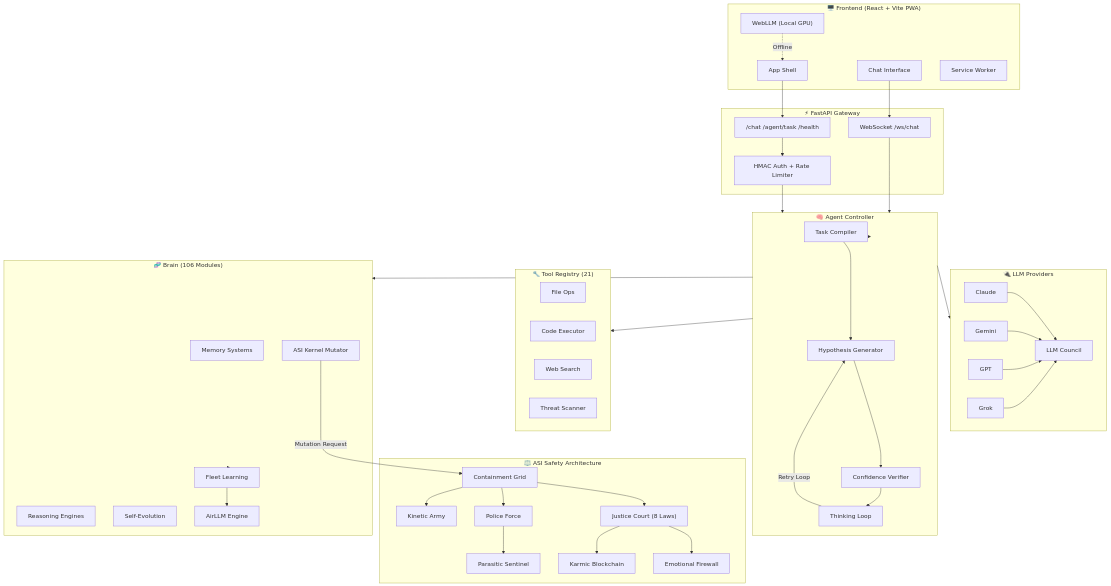
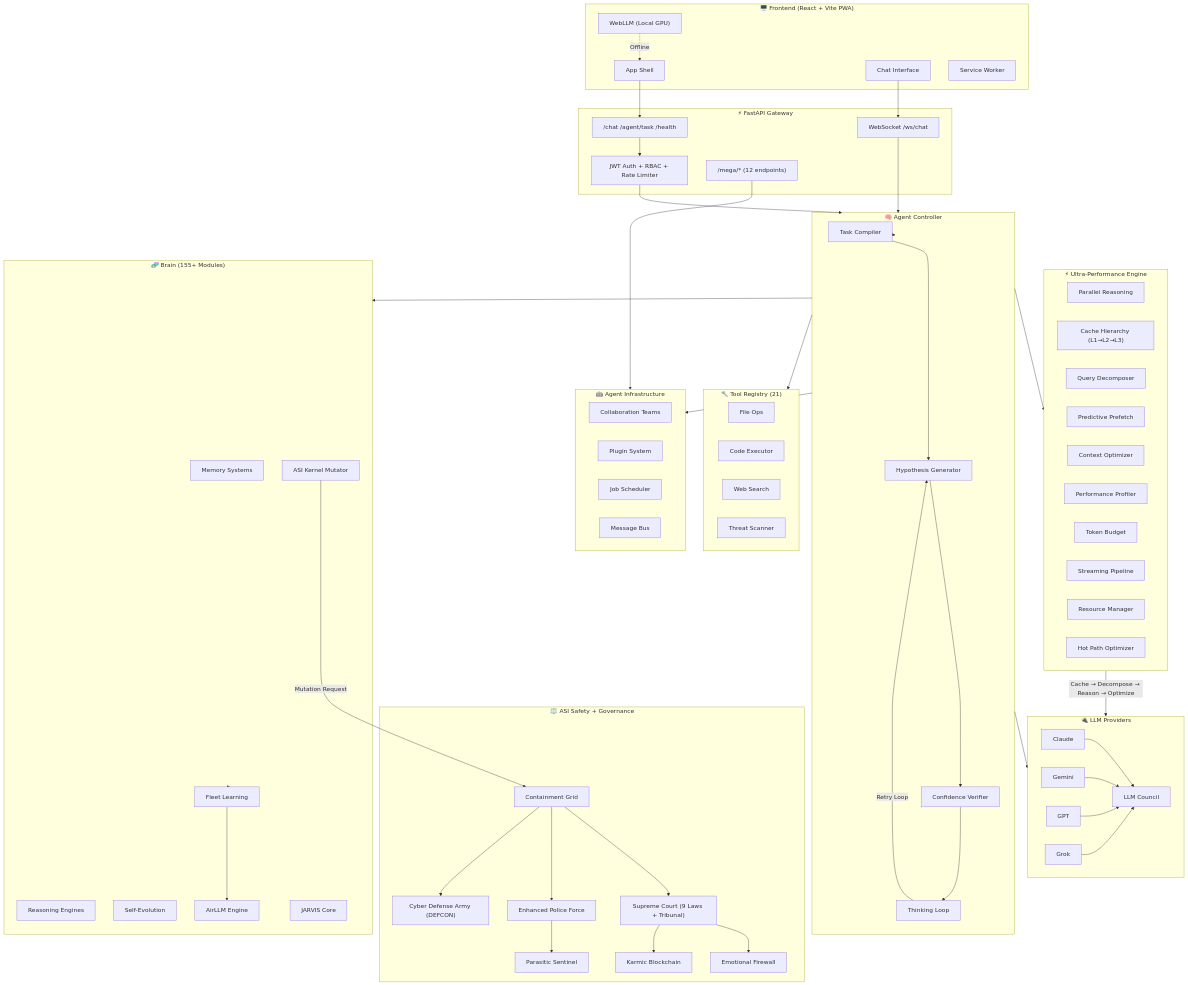
Before and after one commit to boopathygamer/astra-agent: the first of 9 diagrams in README.md, drawn with Mermaid. The commit also changed other lines of this file, not shown here.

Commit message:
docs: comprehensive README with ultra-performance engine, JARVIS core, governance, and full system documentation

```diff
--- a/README.md
+++ b/README.md
@@ -79,7 +104,8 @@
     subgraph API["⚡ FastAPI Gateway"]
         REST["/chat  /agent/task  /health"]
         WS["WebSocket /ws/chat"]
-        Auth["HMAC Auth + Rate Limiter"]
+        Auth["JWT Auth + RBAC + Rate Limiter"]
+        MegaAPI["/mega/* (12 endpoints)"]
     end
 
     subgraph Core["🧠 Agent Controller"]
@@ -89,10 +115,23 @@
         ThinkLoop["Thinking Loop"]
     end
 
-    subgraph ASI_Safety["⚖️ ASI Safety Architecture"]
-        Court["Justice Court (8 Laws)"]
-        Police["Police Force"]
-        Army["Kinetic Army"]
+    subgraph UltraPerf["⚡ Ultra-Performance Engine"]
+        ParallelR["Parallel Reasoning"]
+        CacheH["Cache Hierarchy (L1→L2→L3)"]
+        QueryD["Query Decomposer"]
+        PredPre["Predictive Prefetch"]
+        CtxOpt["Context Optimizer"]
+        Profiler["Performance Profiler"]
+        TokenB["Token Budget"]
+        StreamP["Streaming Pipeline"]
+        ResMan["Resource Manager"]
+        HotPath["Hot Path Optimizer"]
+    end
+
+    subgraph ASI_Safety["⚖️ ASI Safety + Governance"]
+        Court["Supreme Court (9 Laws + Tribunal)"]
+        Police["Enhanced Police Force"]
+        Army["Cyber Defense Army (DEFCON)"]
         CGrid["Containment Grid"]
         EFW["Emotional Firewall"]
         PS["Parasitic Sentinel"]
@@ -104,13 +143,21 @@
         Council["LLM Council"]
     end
 
-    subgraph Brain["🧬 Brain (106 Modules)"]
+    subgraph Brain["🧬 Brain (155+ Modules)"]
         Memory["Memory Systems"]
         Reasoning["Reasoning Engines"]
         Evolution["Self-Evolution"]
         FleetLrn["Fleet Learning"]
         AirLLM["AirLLM Engine"]
         KernelMut["ASI Kernel Mutator"]
+        JarvisCore["JARVIS Core"]
+    end
+
+    subgraph AgentInfra["🤖 Agent Infrastructure"]
+        Collab["Collaboration Teams"]
+        Plugins["Plugin System"]
+        Scheduler["Job Scheduler"]
+        MsgBus["Message Bus"]
     end
 
     subgraph Tools["🔧 Tool Registry (21)"]
@@ -122,12 +169,16 @@
     WebLLM -.->|Offline| UI
     REST --> Auth --> Core
     WS --> Core
+    MegaAPI --> AgentInfra
     Core --> Compiler --> Generator --> Verifier --> ThinkLoop
     ThinkLoop -->|"Retry Loop"| Generator
+    Core --> UltraPerf
+    UltraPerf -->|"Cache → Decompose → Reason → Optimize"| Providers
     Core --> Providers
     Claude & Gemini & GPT & Grok --> Council
     Core --> Tools
     Core --> Brain
+    Core --> AgentInfra
     Brain --> FleetLrn --> AirLLM
 
     KernelMut -->|"Mutation Request"| CGrid
```
